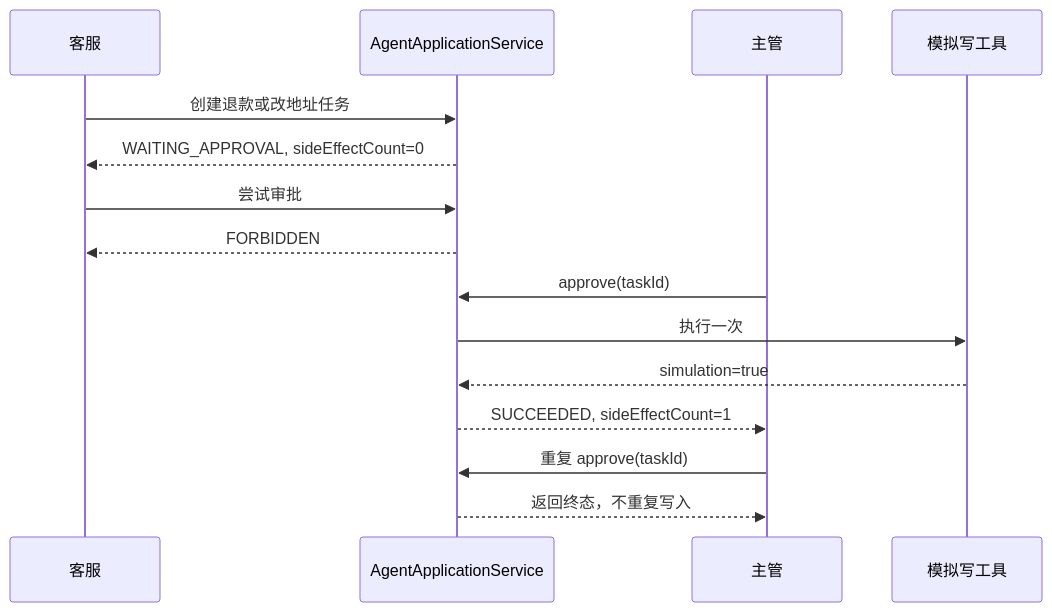
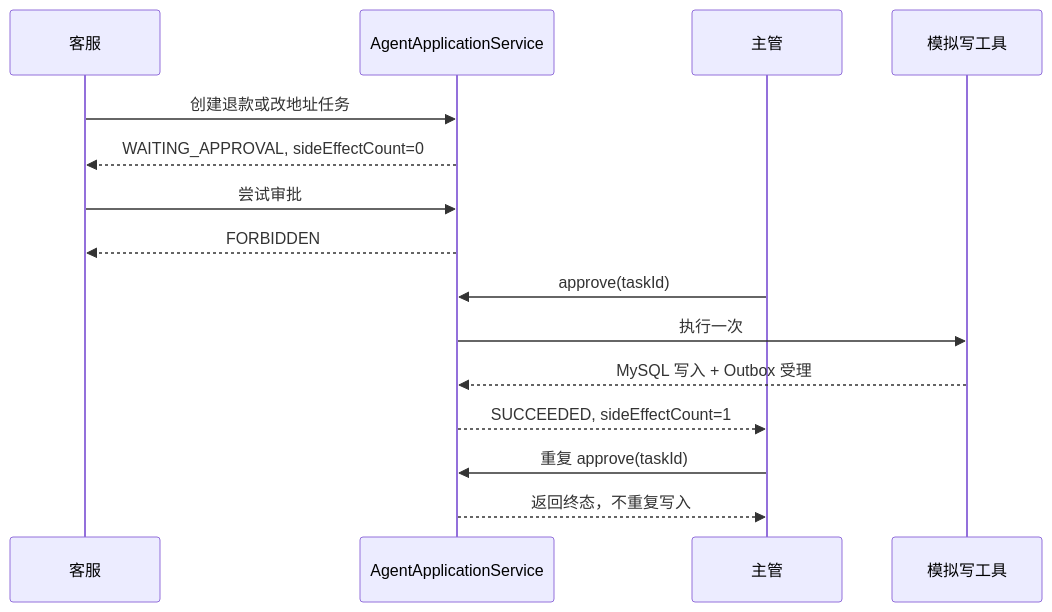
The third of 4 diagrams in agent-workflow-1/docs/day-30-business-scope-threat-model.md (Zdanquxunhuan/agent-workflow-1), drawn with Mermaid before and after one commit. The commit also changed other lines of this file and 20 other files, not shown here.

````diff
--- a/agent-workflow-1/docs/day-30-business-scope-threat-model.md
+++ b/agent-workflow-1/docs/day-30-business-scope-threat-model.md
@@ -97,18 +97,18 @@
 ```mermaid
 sequenceDiagram
     participant C as 客服
     participant S as AgentApplicationService
     participant M as 主管
     participant W as 模拟写工具
 
     C->>S: 创建退款或改地址任务
     S-->>C: WAITING_APPROVAL, sideEffectCount=0
     C->>S: 尝试审批
     S-->>C: FORBIDDEN
     M->>S: approve(taskId)
     S->>W: 执行一次
-    W-->>S: simulation=true
+    W-->>S: MySQL 写入 + Outbox 受理
     S-->>M: SUCCEEDED, sideEffectCount=1
     M->>S: 重复 approve(taskId)
     S-->>M: 返回终态，不重复写入
 ```
````
